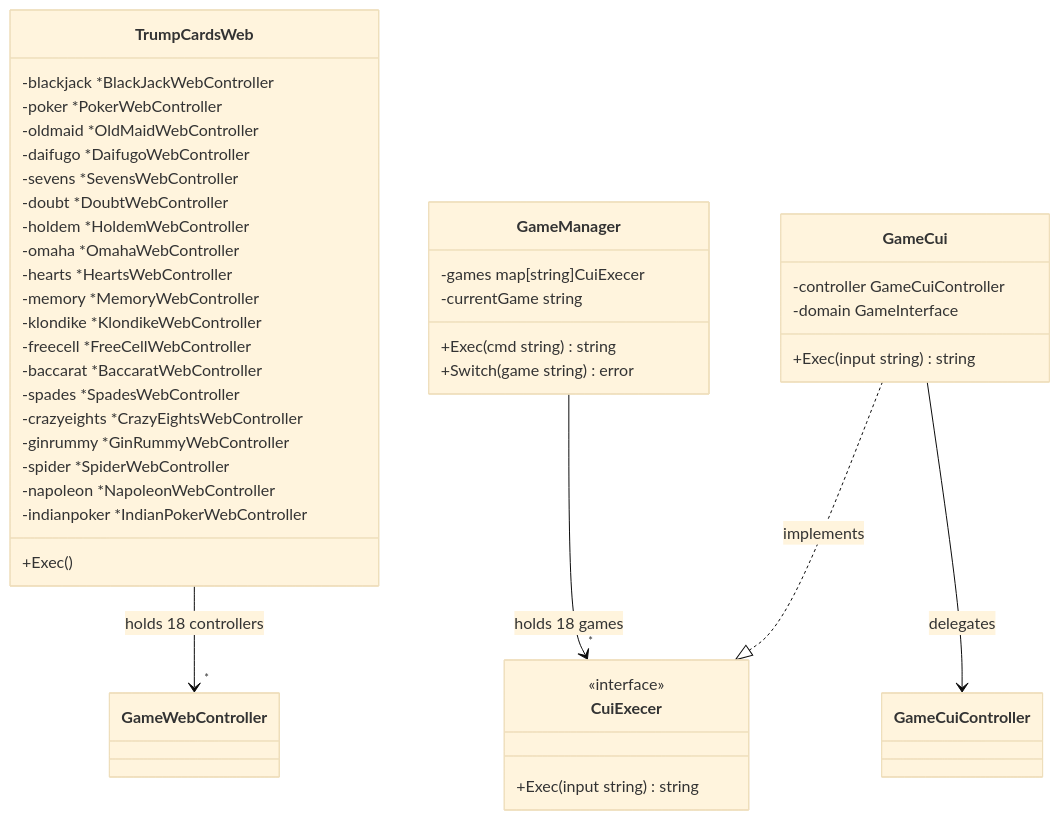
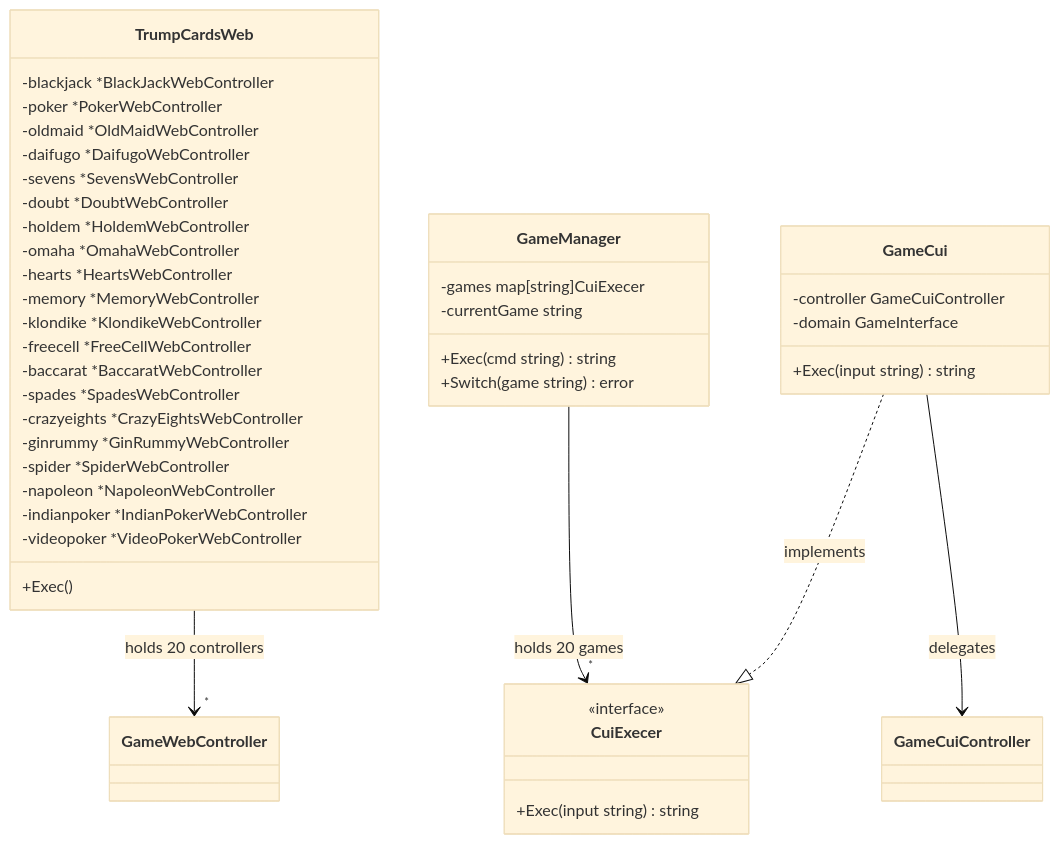
Before and after one commit to yuta-yoshinaga/go_trumpcards: diagram 11 of 29 in docs/design/backend.md, drawn with Mermaid (base theme). The commit also changed other lines of this file and 50 other files, not shown here.

First line of the commit message:
feat: add Video Poker (Jacks or Better) game

````diff
--- a/docs/design/backend.md
+++ b/docs/design/backend.md
@@ -695,48 +715,49 @@
 ```mermaid
 classDiagram
     class TrumpCardsWeb {
         -blackjack *BlackJackWebController
         -poker *PokerWebController
         -oldmaid *OldMaidWebController
         -daifugo *DaifugoWebController
         -sevens *SevensWebController
         -doubt *DoubtWebController
         -holdem *HoldemWebController
         -omaha *OmahaWebController
         -hearts *HeartsWebController
         -memory *MemoryWebController
         -klondike *KlondikeWebController
         -freecell *FreeCellWebController
         -baccarat *BaccaratWebController
         -spades *SpadesWebController
         -crazyeights *CrazyEightsWebController
         -ginrummy *GinRummyWebController
         -spider *SpiderWebController
         -napoleon *NapoleonWebController
         -indianpoker *IndianPokerWebController
+        -videopoker *VideoPokerWebController
         +Exec()
     }
 
     class GameManager {
         -games map[string]CuiExecer
         -currentGame string
         +Exec(cmd string) string
         +Switch(game string) error
     }
 
     class CuiExecer {
         <<interface>>
         +Exec(input string) string
     }
 
     class GameCui {
         -controller GameCuiController
         -domain GameInterface
         +Exec(input string) string
     }
 
-    TrumpCardsWeb --> "*" GameWebController : holds 18 controllers
-    GameManager --> "*" CuiExecer : holds 18 games
+    TrumpCardsWeb --> "*" GameWebController : holds 20 controllers
+    GameManager --> "*" CuiExecer : holds 20 games
     GameCui ..|> CuiExecer : implements
     GameCui --> GameCuiController : delegates
 ```
````
